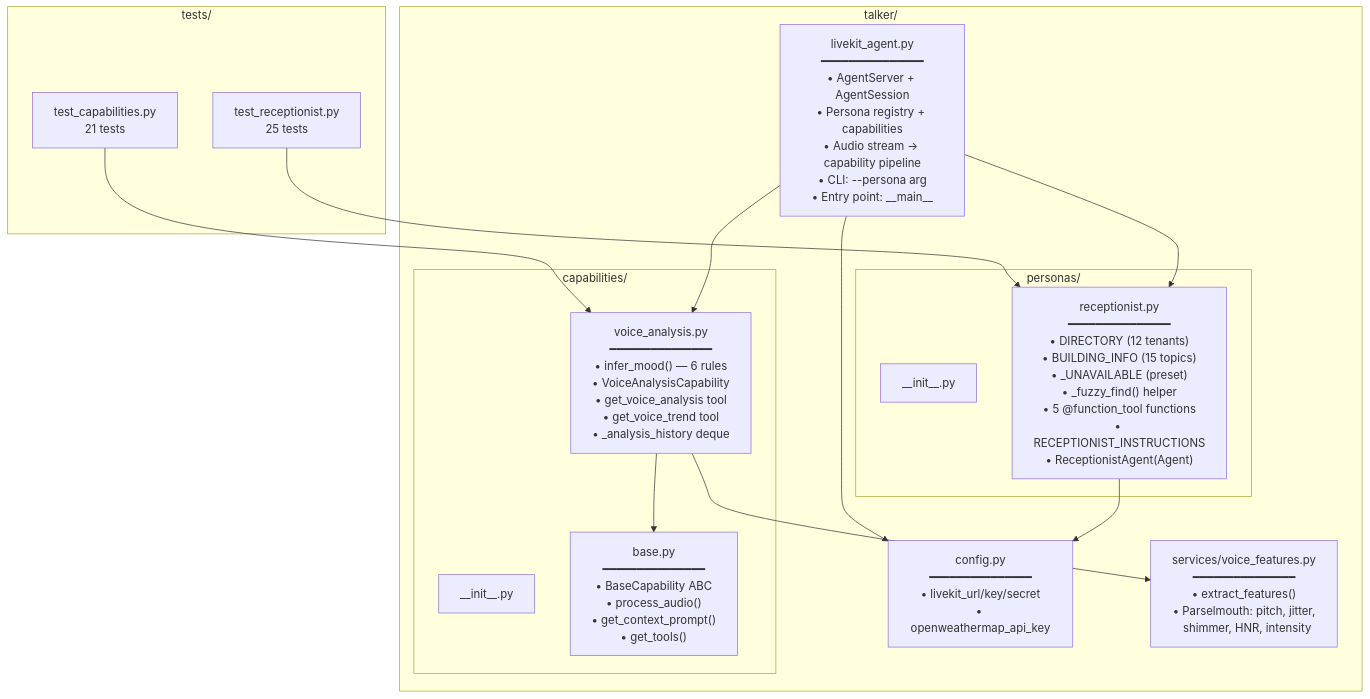
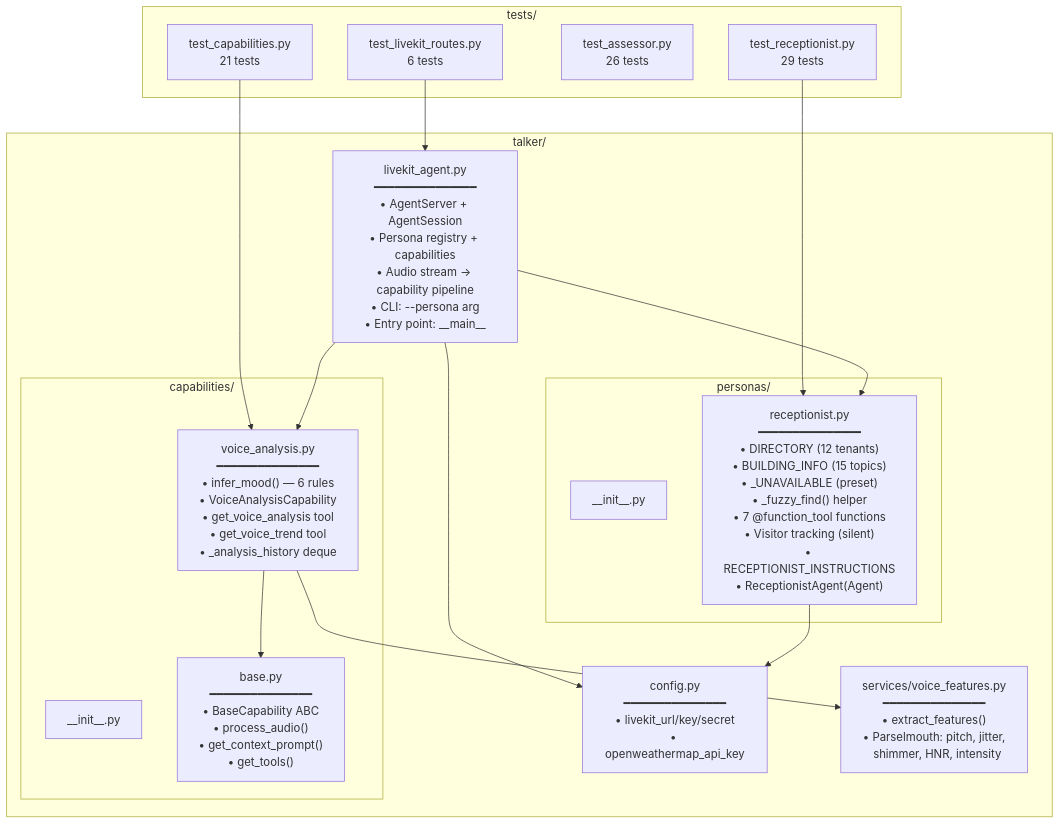
Before and after one commit to bodharma/talker: diagram 16 of 22 in docs/livekit-architecture.md, drawn with Mermaid. The commit also changed other lines of this file and 3 other files, not shown here.

First line of the commit message:
docs: update all docs for visitor tracking, auth gating, and correct test counts

````diff
--- a/docs/livekit-architecture.md
+++ b/docs/livekit-architecture.md
@@ -443,35 +447,38 @@
 ```mermaid
 graph TB
     subgraph "talker/"
         LA["livekit_agent.py<br/>━━━━━━━━━━━━━━━<br/>• AgentServer + AgentSession<br/>• Persona registry + capabilities<br/>• Audio stream → capability pipeline<br/>• CLI: --persona arg<br/>• Entry point: __main__"]
 
         subgraph "personas/"
             PI["__init__.py"]
-            REC["receptionist.py<br/>━━━━━━━━━━━━━━━<br/>• DIRECTORY (12 tenants)<br/>• BUILDING_INFO (15 topics)<br/>• _UNAVAILABLE (preset)<br/>• _fuzzy_find() helper<br/>• 5 @function_tool functions<br/>• RECEPTIONIST_INSTRUCTIONS<br/>• ReceptionistAgent(Agent)"]
+            REC["receptionist.py<br/>━━━━━━━━━━━━━━━<br/>• DIRECTORY (12 tenants)<br/>• BUILDING_INFO (15 topics)<br/>• _UNAVAILABLE (preset)<br/>• _fuzzy_find() helper<br/>• 7 @function_tool functions<br/>• Visitor tracking (silent)<br/>• RECEPTIONIST_INSTRUCTIONS<br/>• ReceptionistAgent(Agent)"]
         end
 
         subgraph "capabilities/"
             CAP_I["__init__.py"]
             CAP_B["base.py<br/>━━━━━━━━━━━━━━━<br/>• BaseCapability ABC<br/>• process_audio()<br/>• get_context_prompt()<br/>• get_tools()"]
             CAP_V["voice_analysis.py<br/>━━━━━━━━━━━━━━━<br/>• infer_mood() — 6 rules<br/>• VoiceAnalysisCapability<br/>• get_voice_analysis tool<br/>• get_voice_trend tool<br/>• _analysis_history deque"]
         end
 
         CONFIG["config.py<br/>━━━━━━━━━━━━━━━<br/>• livekit_url/key/secret<br/>• openweathermap_api_key"]
 
         VFEAT["services/voice_features.py<br/>━━━━━━━━━━━━━━━<br/>• extract_features()<br/>• Parselmouth: pitch, jitter,<br/>  shimmer, HNR, intensity"]
     end
 
     subgraph "tests/"
-        TEST_R["test_receptionist.py<br/>25 tests"]
+        TEST_R["test_receptionist.py<br/>29 tests"]
         TEST_C["test_capabilities.py<br/>21 tests"]
+        TEST_A["test_assessor.py<br/>26 tests"]
+        TEST_LK["test_livekit_routes.py<br/>6 tests"]
     end
 
     LA --> REC
     LA --> CAP_V
     CAP_V --> CAP_B
     CAP_V --> VFEAT
     REC --> CONFIG
     LA --> CONFIG
     TEST_R --> REC
     TEST_C --> CAP_V
+    TEST_LK --> LA
 ```
````
